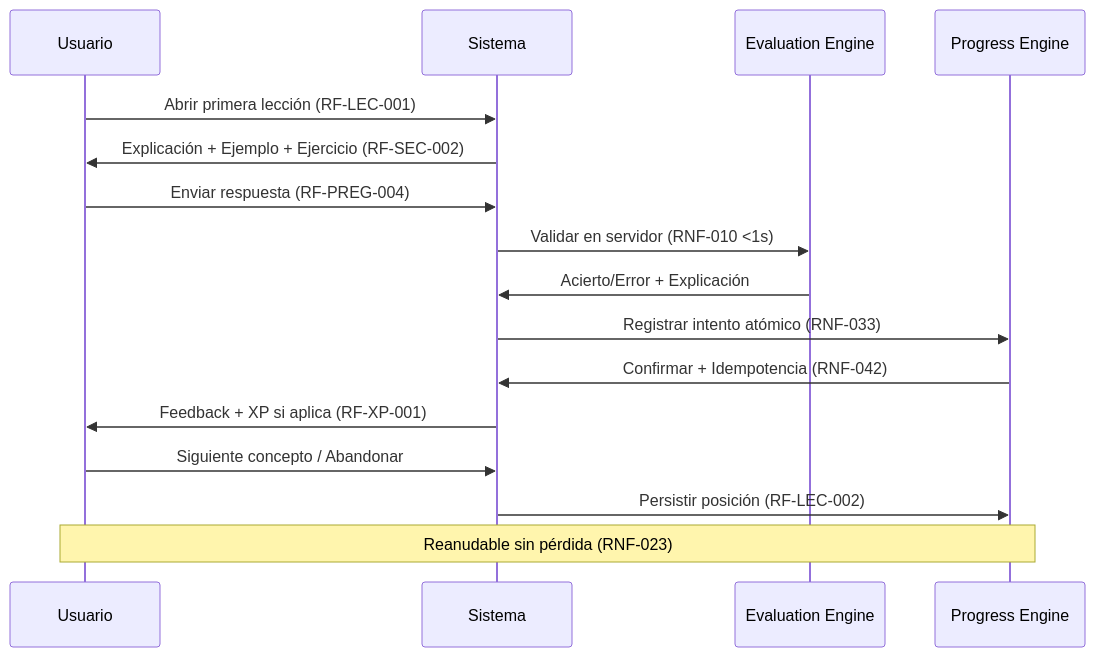
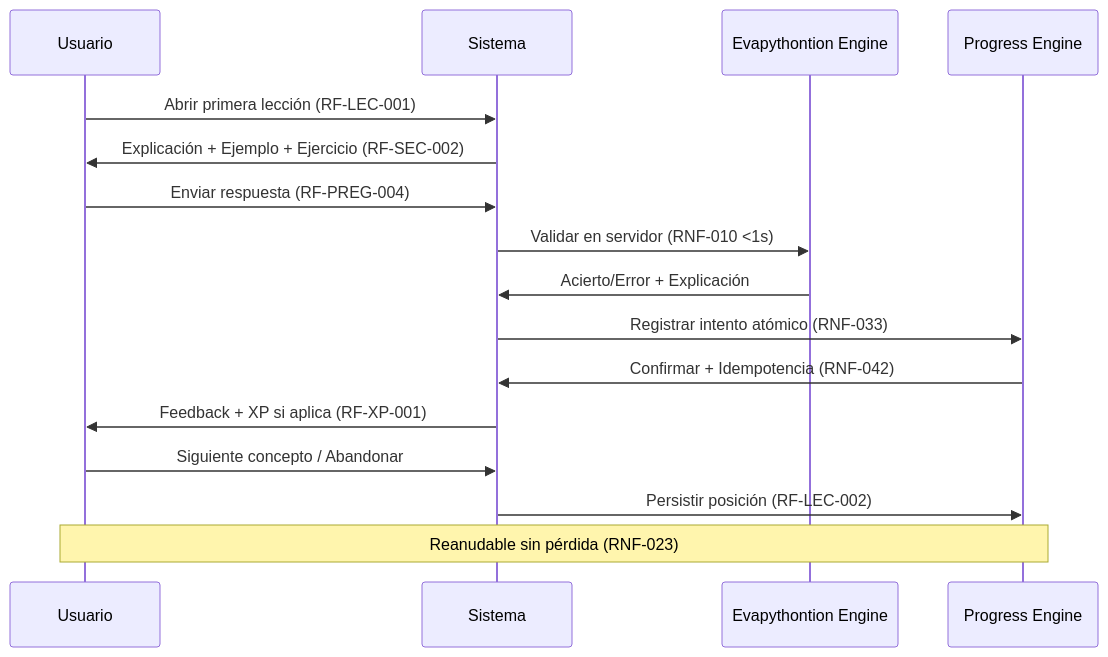
The sixth of 17 diagrams in docs/09_USER_FLOWS.md (nastex123/DuolingoProgramacion), drawn with Mermaid before and after one commit. The commit also changed other lines of this file and 65 other files, not shown here.

````diff
--- a/docs/09_USER_FLOWS.md
+++ b/docs/09_USER_FLOWS.md
@@ -365,19 +365,19 @@
 ```mermaid
 sequenceDiagram
     participant U as Usuario
     participant S as Sistema
-    participant E as Evaluation Engine
+    participant E as Evapythontion Engine
     participant P as Progress Engine
 
     U->>S: Abrir primera lección (RF-LEC-001)
     S->>U: Explicación + Ejemplo + Ejercicio (RF-SEC-002)
     U->>S: Enviar respuesta (RF-PREG-004)
     S->>E: Validar en servidor (RNF-010 <1s)
     E->>S: Acierto/Error + Explicación
     S->>P: Registrar intento atómico (RNF-033)
     P->>S: Confirmar + Idempotencia (RNF-042)
     S->>U: Feedback + XP si aplica (RF-XP-001)
     U->>S: Siguiente concepto / Abandonar
     S->>P: Persistir posición (RF-LEC-002)
     Note over U,P: Reanudable sin pérdida (RNF-023)
 ```
````
